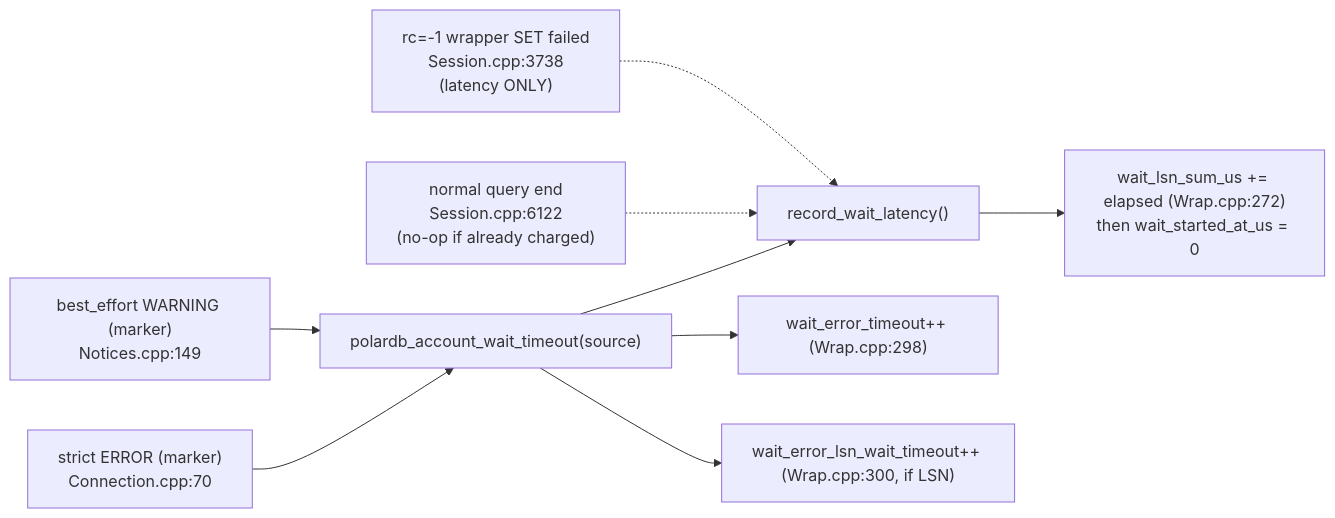
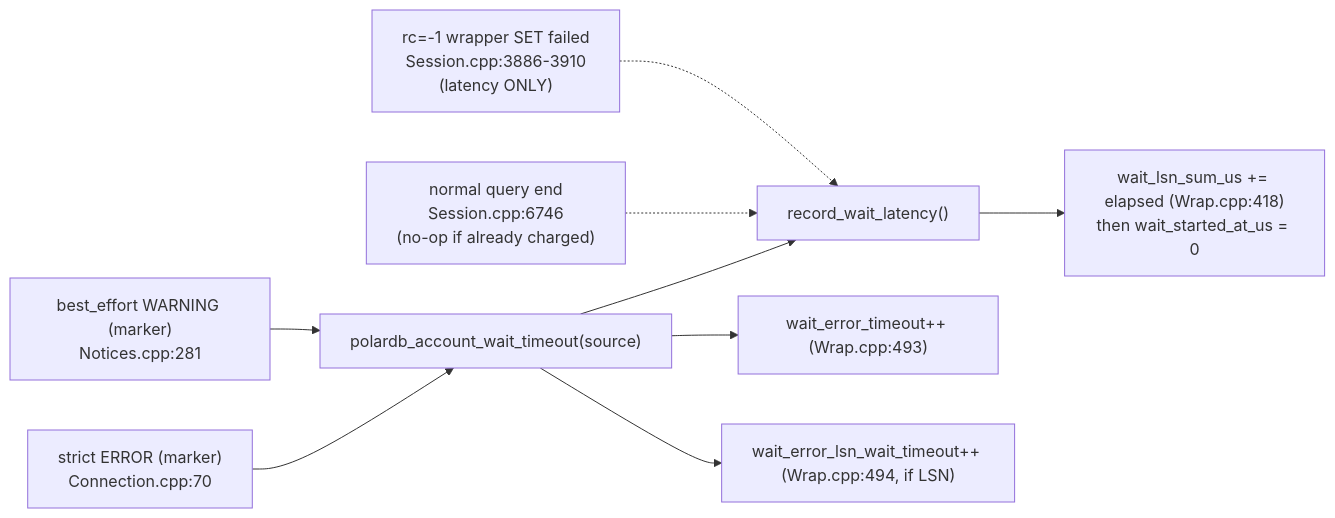
Before and after one commit to awide-labs/polar-proxy: the second of 4 diagrams in doc/polardb-arch/08-WAIT-TIMEOUT-AND-NOTICES.md, drawn with Mermaid. The commit also changed other lines of this file and 21 other files, not shown here.

````diff
--- a/doc/polardb-arch/08-WAIT-TIMEOUT-AND-NOTICES.md
+++ b/doc/polardb-arch/08-WAIT-TIMEOUT-AND-NOTICES.md
@@ -521,11 +521,11 @@
 ```mermaid
 flowchart LR
-    N["best_effort WARNING (marker)<br/>Notices.cpp:149"] --> ACC["polardb_account_wait_timeout(source)"]
+    N["best_effort WARNING (marker)<br/>Notices.cpp:281"] --> ACC["polardb_account_wait_timeout(source)"]
     R["strict ERROR (marker)<br/>Connection.cpp:70"] --> ACC
-    F["rc=-1 wrapper SET failed<br/>Session.cpp:3738<br/>(latency ONLY)"] -.-> LAT["record_wait_latency()"]
-    Q["normal query end<br/>Session.cpp:6122<br/>(no-op if already charged)"] -.-> LAT
-    ACC --> C1["wait_error_timeout++ (Wrap.cpp:298)"]
-    ACC --> C2["wait_error_lsn_wait_timeout++ (Wrap.cpp:300, if LSN)"]
+    F["rc=-1 wrapper SET failed<br/>Session.cpp:3886-3910<br/>(latency ONLY)"] -.-> LAT["record_wait_latency()"]
+    Q["normal query end<br/>Session.cpp:6746<br/>(no-op if already charged)"] -.-> LAT
+    ACC --> C1["wait_error_timeout++ (Wrap.cpp:493)"]
+    ACC --> C2["wait_error_lsn_wait_timeout++ (Wrap.cpp:494, if LSN)"]
     ACC --> LAT
-    LAT --> SUM["wait_lsn_sum_us += elapsed (Wrap.cpp:272)<br/>then wait_started_at_us = 0"]
+    LAT --> SUM["wait_lsn_sum_us += elapsed (Wrap.cpp:418)<br/>then wait_started_at_us = 0"]
 ```
````
